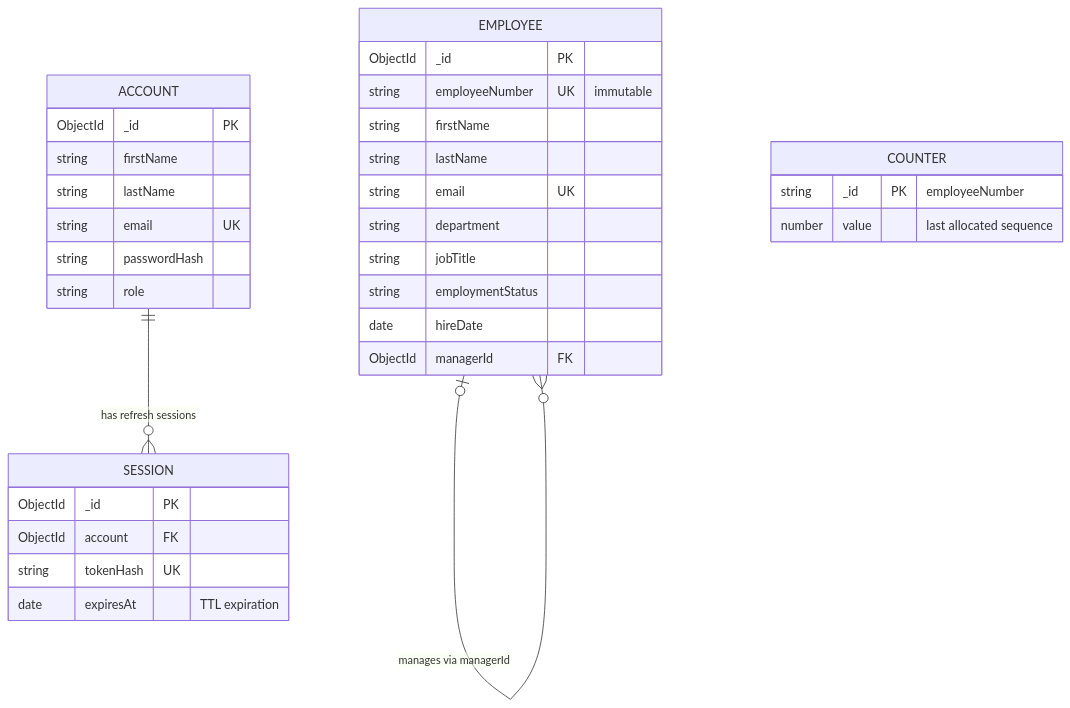
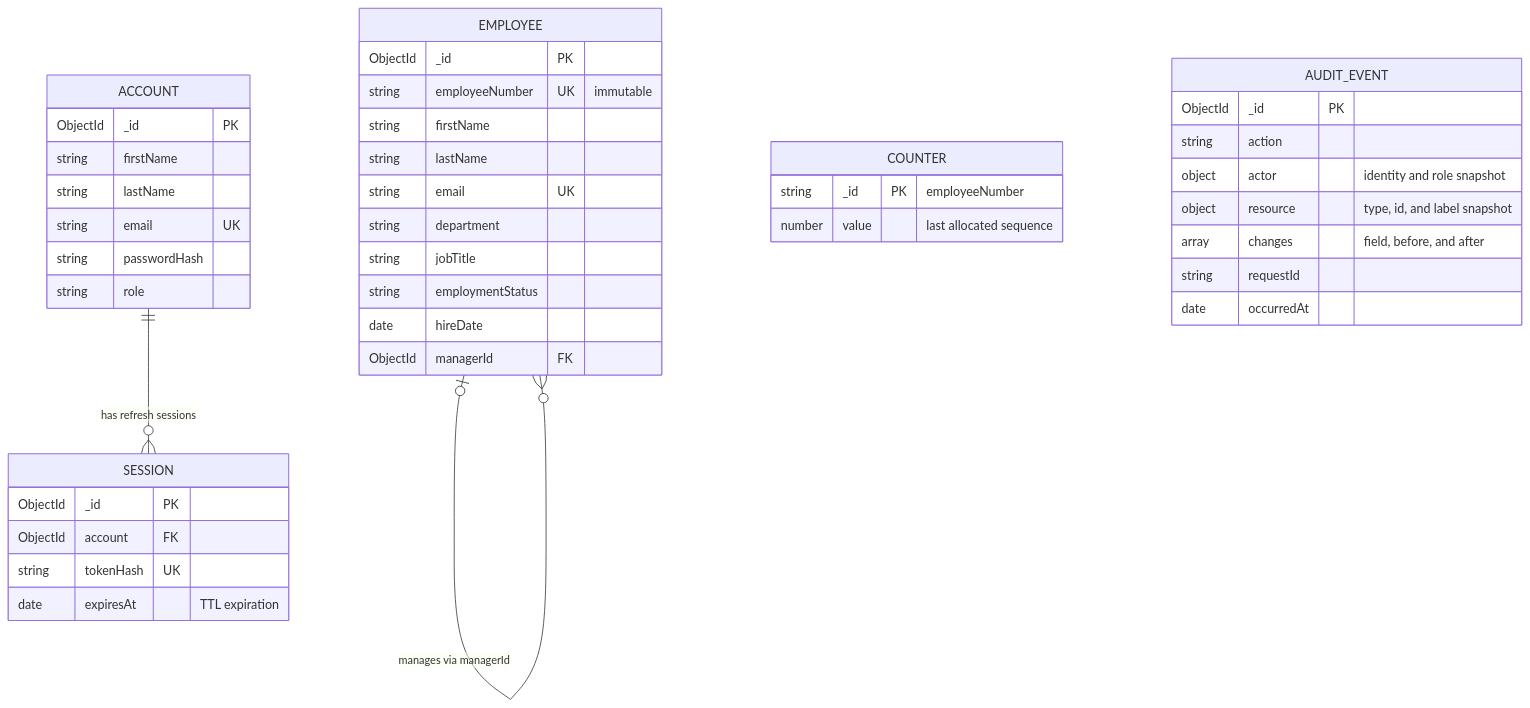
Before and after one commit to herve192-hub/WorkSphere: diagram 25 of 52 in README.md, drawn with Mermaid. The commit also changed other lines of this file and 51 other files, not shown here.

````diff
--- a/README.md
+++ b/README.md
@@ -1065,35 +1147,44 @@
 ```mermaid
 erDiagram
     ACCOUNT ||--o{ SESSION : "has refresh sessions"
     EMPLOYEE o|--o{ EMPLOYEE : "manages via managerId"
     ACCOUNT {
         ObjectId _id PK
         string firstName
         string lastName
         string email UK
         string passwordHash
         string role
     }
     SESSION {
         ObjectId _id PK
         ObjectId account FK
         string tokenHash UK
         date expiresAt "TTL expiration"
     }
     EMPLOYEE {
         ObjectId _id PK
         string employeeNumber UK "immutable"
         string firstName
         string lastName
         string email UK
         string department
         string jobTitle
         string employmentStatus
         date hireDate
         ObjectId managerId FK
     }
     COUNTER {
         string _id PK "employeeNumber"
         number value "last allocated sequence"
     }
+    AUDIT_EVENT {
+        ObjectId _id PK
+        string action
+        object actor "identity and role snapshot"
+        object resource "type, id, and label snapshot"
+        array changes "field, before, and after"
+        string requestId
+        date occurredAt
+    }
 ```
````
